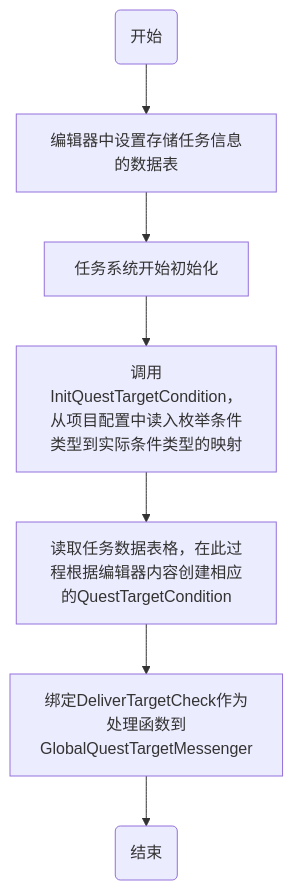
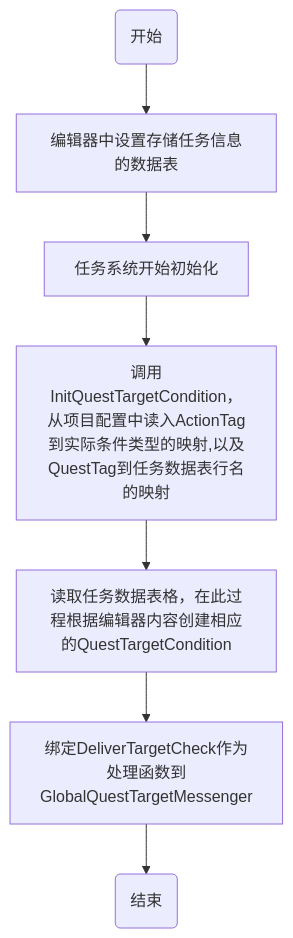
The ninth of 10 diagrams in Document/任务系统，对话系统，以及角色系统文档整理.md (getyo/ARPG_Learn), drawn with Mermaid before and after one commit. The commit also changed other lines of this file and 7 other files, not shown here.

````diff
--- a/Document/任务系统，对话系统，以及角色系统文档整理.md
+++ b/Document/任务系统，对话系统，以及角色系统文档整理.md
@@ -351,9 +376,9 @@
 ```mermaid
 flowchart
 Start(开始)-->SetDB[编辑器中设置存储任务信息的数据表]
 SetDB-->QuestSysInit[任务系统开始初始化]
-QuestSysInit --> QuestTargetConditionInit[调用InitQuestTargetCondition，从项目配置中读入枚举条件类型到实际条件类型的映射]
+QuestSysInit --> QuestTargetConditionInit[调用InitQuestTargetCondition，从项目配置中读入ActionTag到实际条件类型的映射,以及QuestTag到任务数据表行名的映射]
 QuestTargetConditionInit --> ReadQuest[读取任务数据表格，在此过程根据编辑器内容创建相应的QuestTargetCondition]
 ReadQuest --> BindBroadcast[绑定DeliverTargetCheck作为处理函数到GlobalQuestTargetMessenger]
 BindBroadcast -->End(结束)
 ```
````
